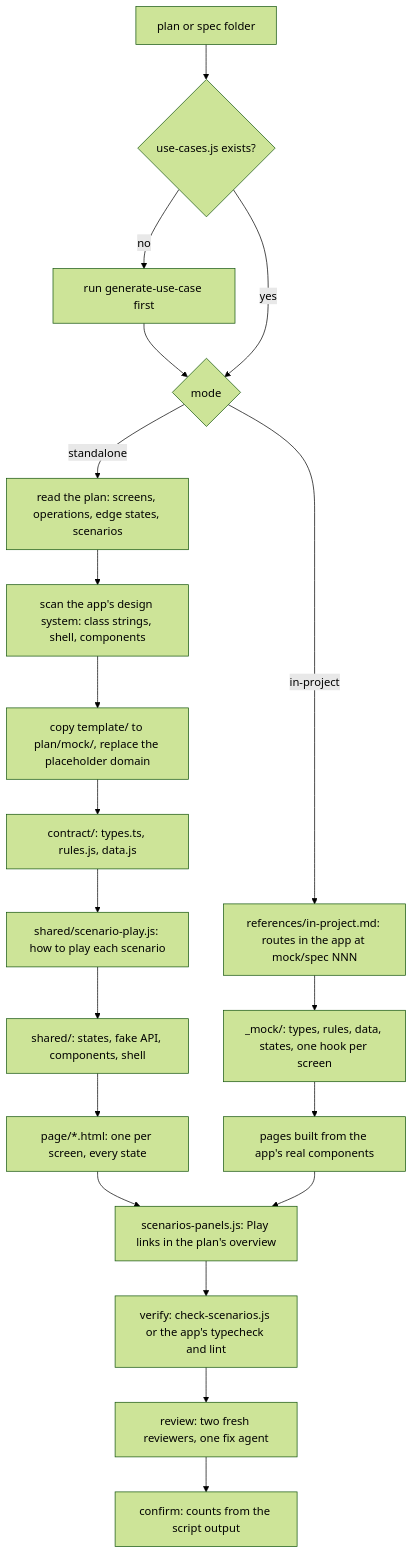
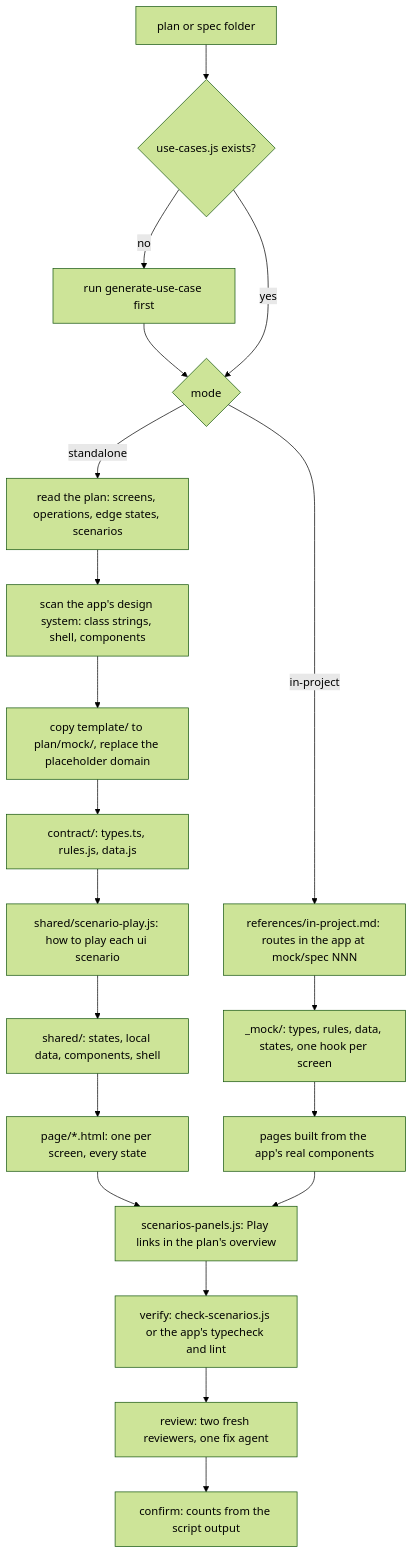
The first of 4 diagrams in plugins/naphatwx-tools/skills/generate-mock-ui/README.md (naphatwx/naphatwx-tools), drawn with Mermaid (forest theme) before and after one commit. The commit also changed other lines of this file and 66 other files, not shown here.

````diff
--- a/plugins/naphatwx-tools/skills/generate-mock-ui/README.md
+++ b/plugins/naphatwx-tools/skills/generate-mock-ui/README.md
@@ -25,22 +24,22 @@
 ```mermaid
 graph TD
     IN["plan or spec folder"] --> UC{"use-cases.js exists?"}
     UC -->|no| GU[run generate-use-case first]
     GU --> MODE
     UC -->|yes| MODE{mode}
     MODE -->|standalone| S1[read the plan: screens, operations, edge states, scenarios]
     S1 --> S2[scan the app's design system: class strings, shell, components]
     S2 --> S3["copy template/ to plan/mock/, replace the placeholder domain"]
     S3 --> S4["contract/: types.ts, rules.js, data.js"]
-    S4 --> S5["shared/scenario-play.js: how to play each scenario"]
-    S5 --> S6["shared/: states, fake API, components, shell"]
+    S4 --> S5["shared/scenario-play.js: how to play each ui scenario"]
+    S5 --> S6["shared/: states, local data, components, shell"]
     S6 --> S7["page/*.html: one per screen, every state"]
     MODE -->|in-project| P1["references/in-project.md: routes in the app at mock/spec NNN"]
     P1 --> P2["_mock/: types, rules, data, states, one hook per screen"]
     P2 --> P3[pages built from the app's real components]
     S7 --> LINK[scenarios-panels.js: Play links in the plan's overview]
     P3 --> LINK
     LINK --> V[verify: check-scenarios.js or the app's typecheck and lint]
     V --> R[review: two fresh reviewers, one fix agent]
     R --> C[confirm: counts from the script output]
 ```
````
